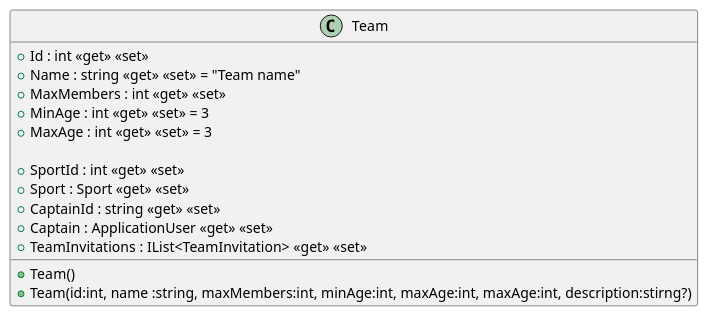
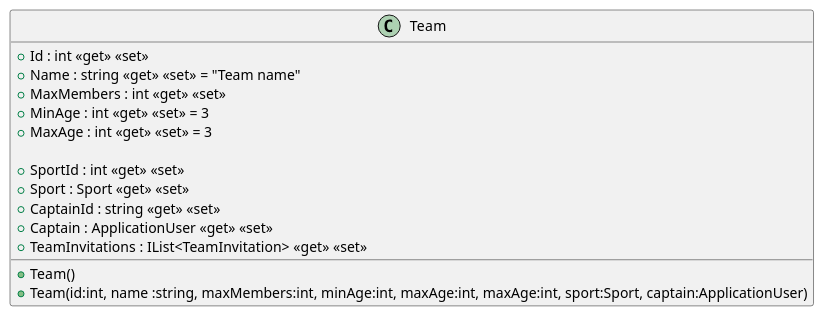
Before and after one commit to SEII2627LosBalicki/ISII2627LosBalicki: the diagram in src/AppForSEII.API/ClassDiagram/Team.puml, drawn with PlantUML.

Commit message:
re: fix, Update Team.puml

```diff
--- a/src/AppForSEII.API/ClassDiagram/Team.puml
+++ b/src/AppForSEII.API/ClassDiagram/Team.puml
@@ -1,18 +1,18 @@
 @startuml 
 class Team {
     + Id : int <<get>> <<set>>
     + Name : string <<get>> <<set>> = "Team name"
     + MaxMembers : int <<get>> <<set>>
     + MinAge : int <<get>> <<set>> = 3
     + MaxAge : int <<get>> <<set>> = 3
     
     + SportId : int <<get>> <<set>>
     + Sport : Sport <<get>> <<set>>
     + CaptainId : string <<get>> <<set>>
     + Captain : ApplicationUser <<get>> <<set>>
     + TeamInvitations : IList<TeamInvitation> <<get>> <<set>>
     + Team()
-    + Team(id:int, name :string, maxMembers:int, minAge:int, maxAge:int, maxAge:int, description:stirng?)
+    + Team(id:int, name :string, maxMembers:int, minAge:int, maxAge:int, maxAge:int, sport:Sport, captain:ApplicationUser)
 
 }
 @enduml
```
